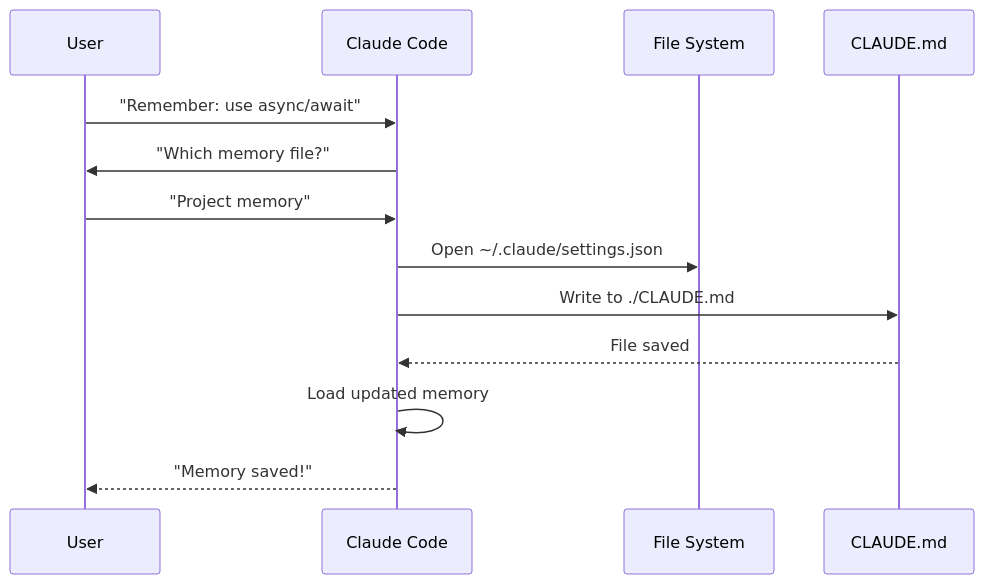
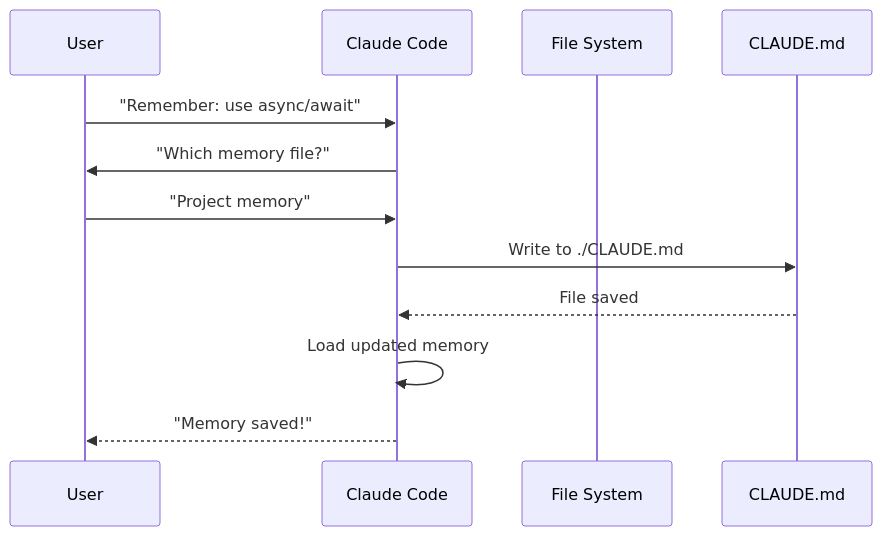
One commit to HyunjunJeon/claude-code-guide changed the third of 5 diagrams in 02-memory/README.md. Above: the diagram before and after it, drawn with Mermaid. The commit also changed other lines of this file and 155 other files, not shown here.

````diff
--- a/02-memory/README.md
+++ b/02-memory/README.md
@@ -400,16 +396,15 @@
 ```mermaid
 sequenceDiagram
     participant User
     participant Claude as Claude Code
     participant Editor as File System
     participant Memory as CLAUDE.md
 
     User->>Claude: "Remember: use async/await"
     Claude->>User: "Which memory file?"
     User->>Claude: "Project memory"
-    Claude->>Editor: Open ~/.claude/settings.json
     Claude->>Memory: Write to ./CLAUDE.md
     Memory-->>Claude: File saved
     Claude->>Claude: Load updated memory
     Claude-->>User: "Memory saved!"
 ```
````
